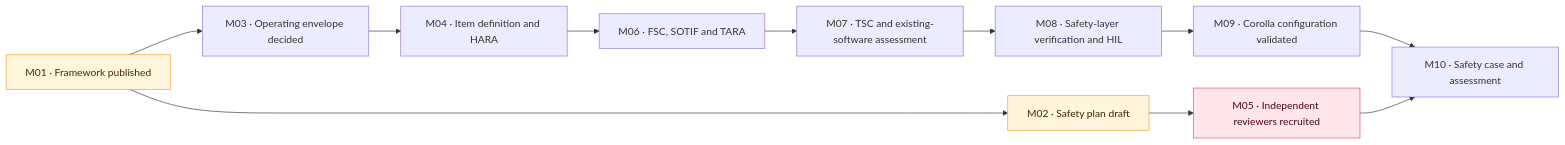
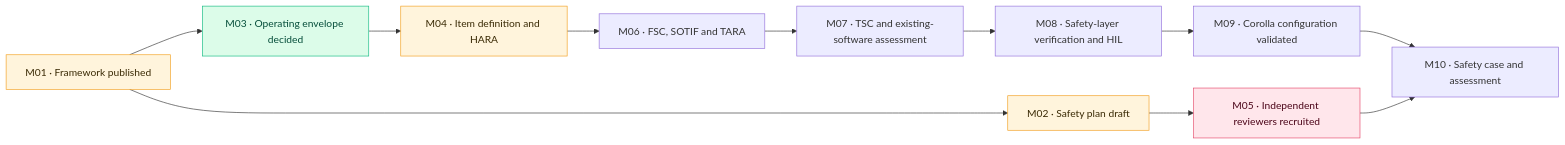
One commit to jherrodthomas/LionDriver changed the diagram in docs/safety/platform/safety-plan/README.md. Above: the diagram before and after it, drawn with Mermaid. The commit also changed other lines of this file and 12 other files, not shown here.

````diff
--- a/docs/safety/platform/safety-plan/README.md
+++ b/docs/safety/platform/safety-plan/README.md
@@ -71,18 +71,20 @@
 ```mermaid
 flowchart LR
     M01["M01 · Framework published"] --> M02["M02 · Safety plan draft"]
     M01 --> M03["M03 · Operating envelope decided"]
     M03 --> M04["M04 · Item definition and HARA"]
     M02 --> M05["M05 · Independent reviewers recruited"]
     M04 --> M06["M06 · FSC, SOTIF and TARA"]
     M06 --> M07["M07 · TSC and existing-software assessment"]
     M07 --> M08["M08 · Safety-layer verification and HIL"]
     M08 --> M09["M09 · Corolla configuration validated"]
     M09 --> M10["M10 · Safety case and assessment"]
     M05 --> M10
 
     classDef wip fill:#FFF4DC,stroke:#F29F1F,color:#3A2A05
     classDef block fill:#FFE6EB,stroke:#E5486A,color:#4C0519
-    class M01,M02 wip
+    classDef done fill:#DCFCE9,stroke:#10B981,color:#064E3B
+    class M01,M02,M04 wip
+    class M03 done
     class M05 block
 ```
````
